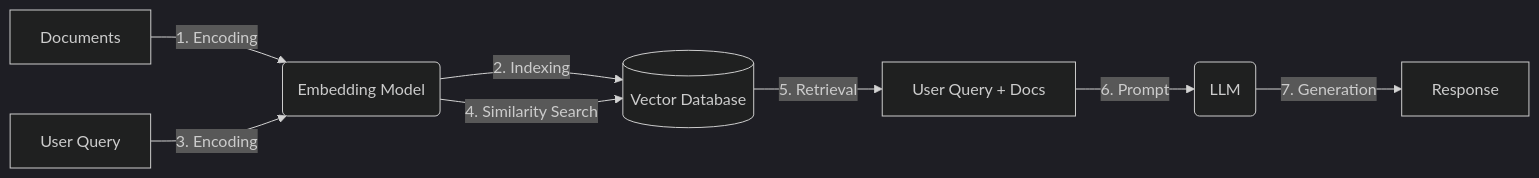
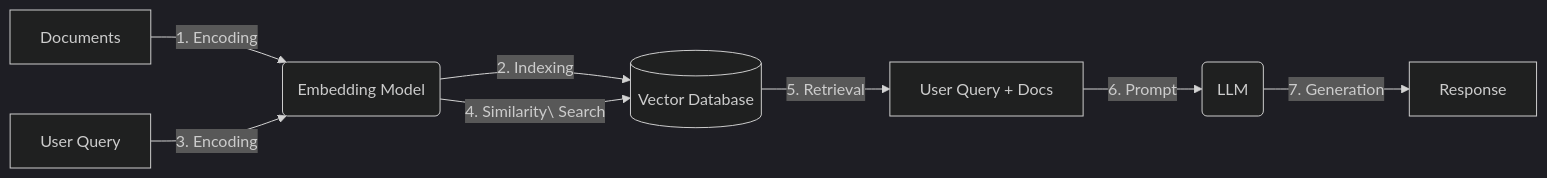
One commit to sydznl/LADP changed the diagram in Module_2/README.md. Above: the diagram before and after it, drawn with Mermaid (dark theme).

````diff
--- a/Module_2/README.md
+++ b/Module_2/README.md
@@ -21,10 +21,10 @@
 ```mermaid
 graph LR
     A[Documents] -->|1. Encoding| C(Embedding Model)
     B[User Query] -->|3. Encoding| C
     C -->|2. Indexing| D[(Vector Database)]
-    C -->|4. Similarity Search| D
+    C -->|4. Similarity\ Search| D
     D -->|5. Retrieval| E[User Query + Docs]
     E -->|6. Prompt| F(LLM)
     F -->|7. Generation| G[Response]
 ```
````
